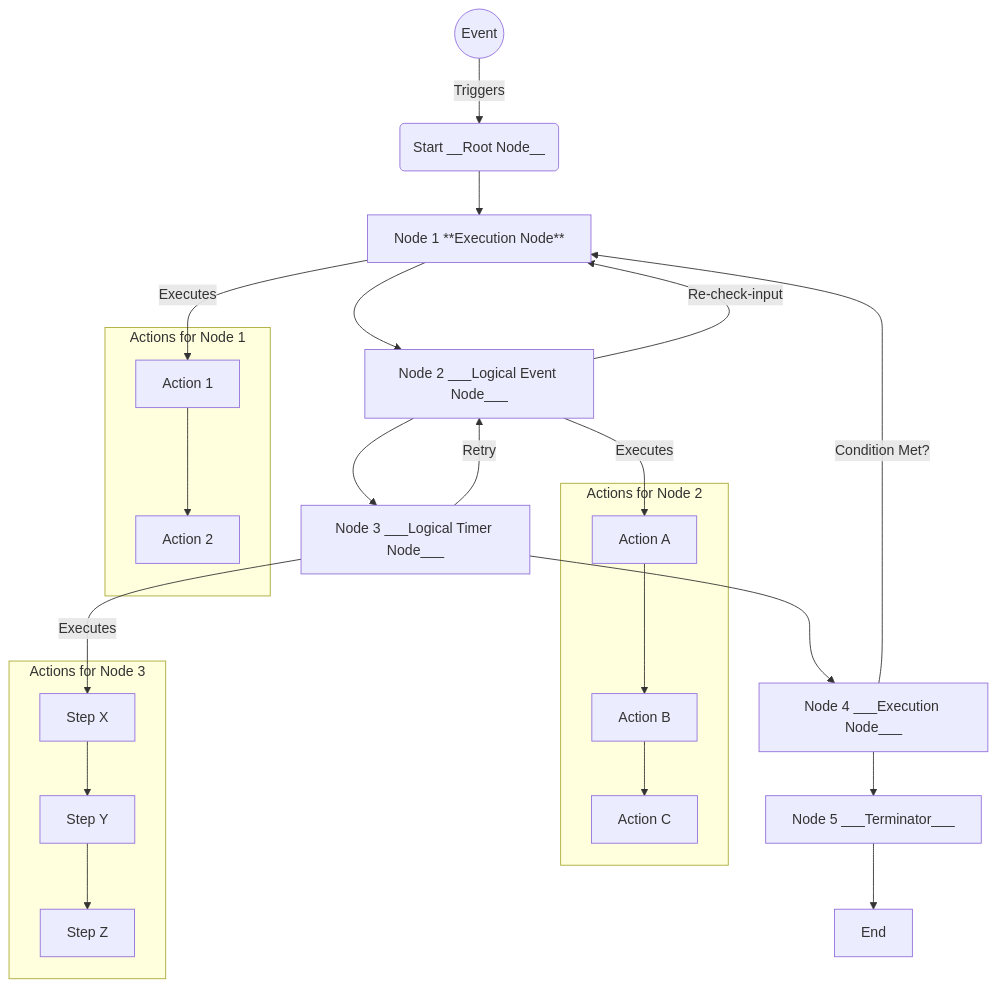
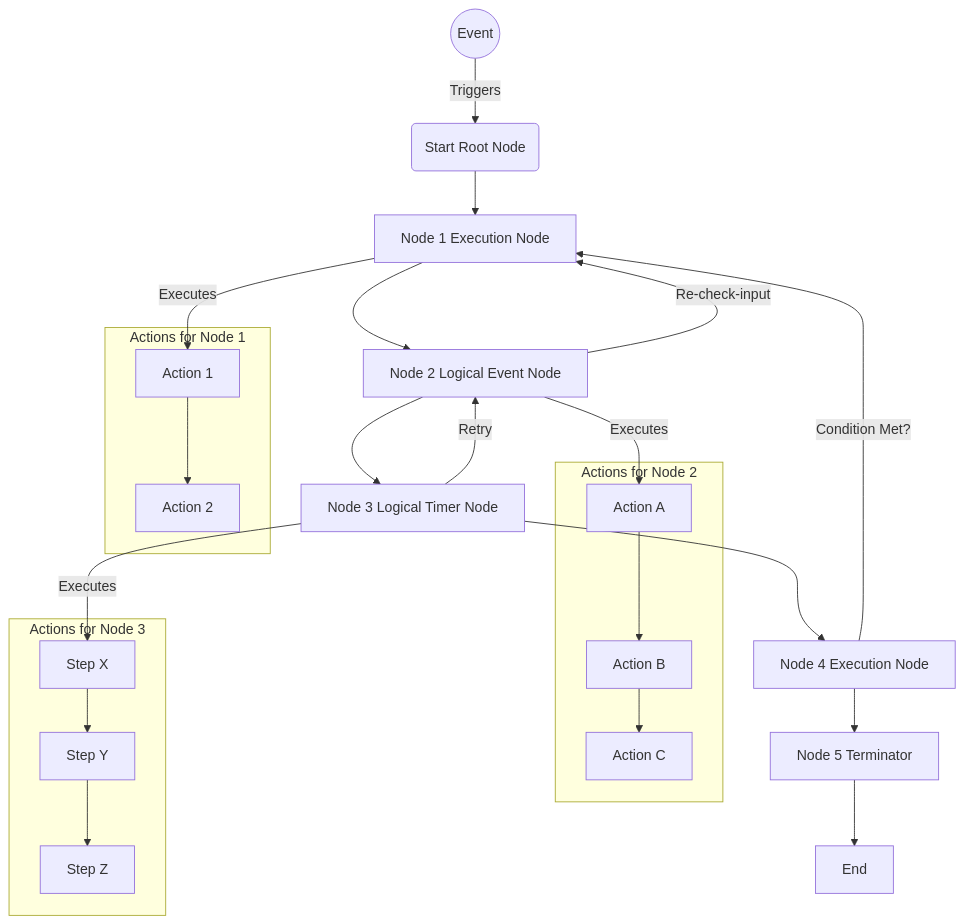
The first of 2 diagrams in docs/schema/schema.md (REAN-Foundation/workflow-service), drawn with Mermaid before and after one commit.

````diff
--- a/docs/schema/schema.md
+++ b/docs/schema/schema.md
@@ -10,31 +10,31 @@
 ```mermaid
 graph TD;
     Event1((Event)) -->|Triggers| A(Start)
-    A(Start __Root Node__) --> B[Node 1 **Execution Node**]
-    B --> C[Node 2 ___Logical Event Node___]
-    C --> D[Node 3 ___Logical Timer Node___]
-    D --> E[Node 4 ___Execution Node___]
-    E --> F[Node 5 ___Terminator___]
+    A(Start Root Node) --> B[Node 1 Execution Node]
+    B --> C[Node 2 Logical Event Node]
+    C --> D[Node 3 Logical Timer Node]
+    D --> E[Node 4 Execution Node]
+    E --> F[Node 5 Terminator]
     F --> G[End]
 
     %% Local cyclic graph (looping between Nodes)
     C -->|Re-check-input| B
     D -->|Retry| C
     E -->|Condition Met?| B
 
     %% Action Sequences
     subgraph "Actions for Node 1"
         B1[Action 1] --> B2[Action 2]
     end
     B -->|Executes| B1
 
     subgraph "Actions for Node 2"
         C1[Action A] --> C2[Action B] --> C3[Action C]
     end
     C -->|Executes| C1
 
     subgraph "Actions for Node 3"
         D1[Step X] --> D2[Step Y] --> D3[Step Z]
     end
     D -->|Executes| D1    
 ```
````
